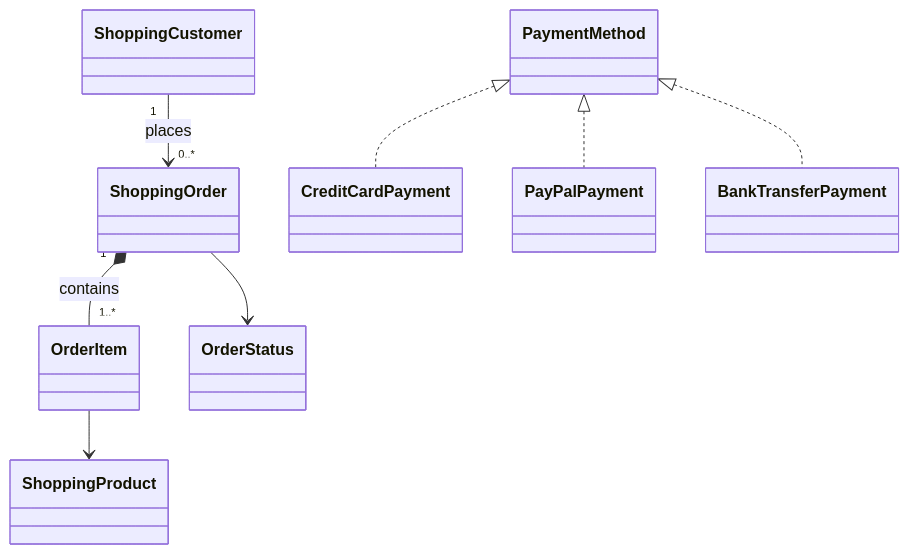
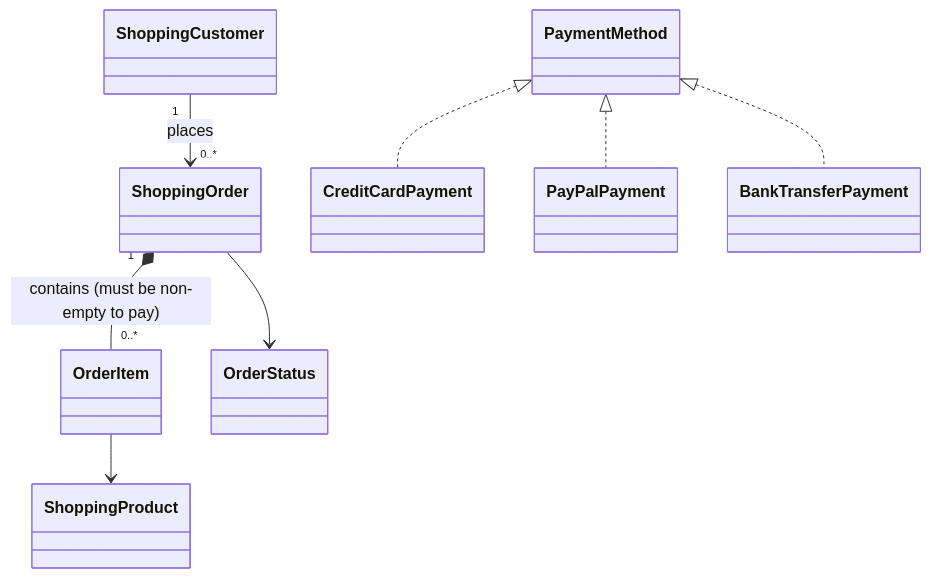
One commit to harishragavv-cmd/Step_semester_3 changed the fifth of 5 diagrams in src/main/java/week_8/class_problems/README.md. Above: the diagram before and after it, drawn with Mermaid. The commit also changed other lines of this file, not shown here.

Commit message:
Refine UML multiplicities for current rentals and order items

````diff
--- a/src/main/java/week_8/class_problems/README.md
+++ b/src/main/java/week_8/class_problems/README.md
@@ -94,10 +94,10 @@
 ```mermaid
 classDiagram
   ShoppingCustomer "1" --> "0..*" ShoppingOrder : places
-  ShoppingOrder "1" *-- "1..*" OrderItem : contains
+  ShoppingOrder "1" *-- "0..*" OrderItem : contains (must be non-empty to pay)
   OrderItem --> ShoppingProduct
   PaymentMethod <|.. CreditCardPayment
   PaymentMethod <|.. PayPalPayment
   PaymentMethod <|.. BankTransferPayment
   ShoppingOrder --> OrderStatus
 ```
````
